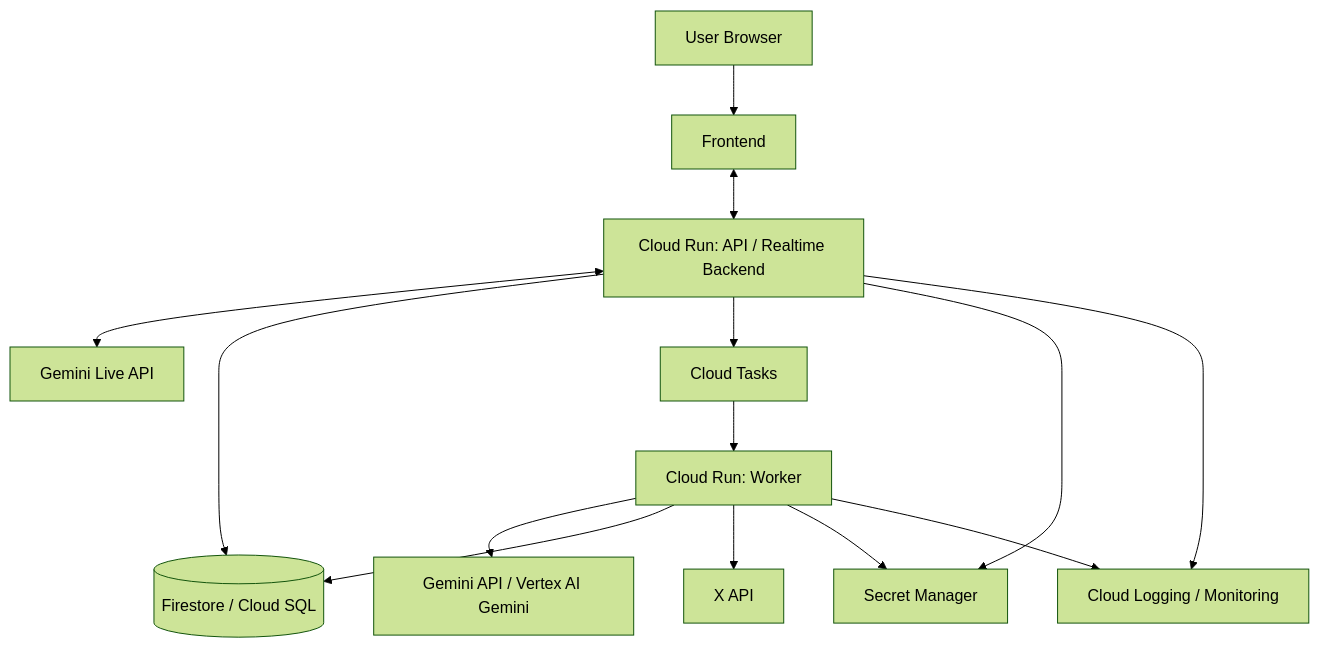
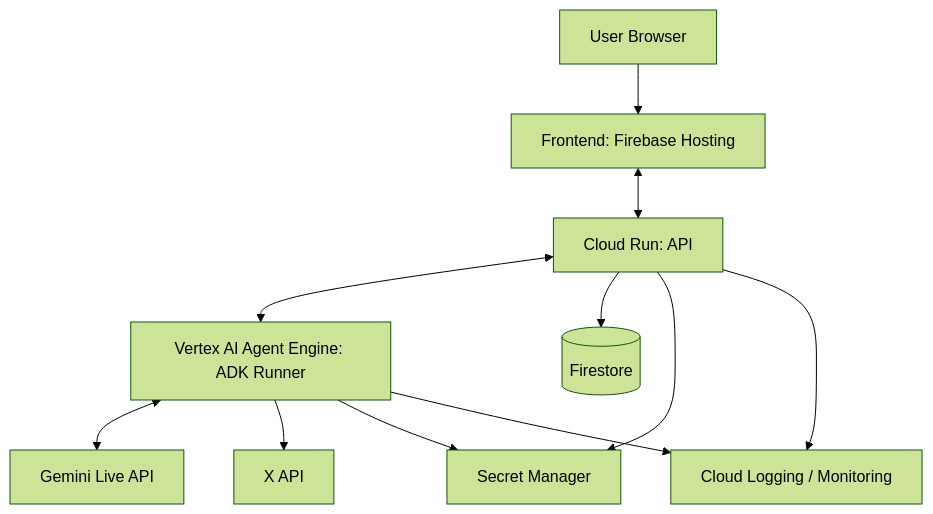
One commit to tasugiya/real_conversation_agents changed the first of 7 diagrams in docs/BASIC_DESIGN.md. Above: the diagram before and after it, drawn with Mermaid (forest theme). The commit also changed other lines of this file, not shown here.

````diff
--- a/docs/BASIC_DESIGN.md
+++ b/docs/BASIC_DESIGN.md
@@ -142,16 +144,13 @@
 ```mermaid
 flowchart TD
-    U[User Browser] --> FE[Frontend]
-    FE <--> API[Cloud Run: API / Realtime Backend]
-    API <--> GLive[Gemini Live API]
-    API --> DB[(Firestore / Cloud SQL)]
-    API --> CT[Cloud Tasks]
-    CT --> WK[Cloud Run: Worker]
-    WK --> Gemini[Gemini API / Vertex AI Gemini]
-    WK --> DB
-    WK --> XAPI[X API]
+    U[User Browser] --> FE[Frontend: Firebase Hosting]
+    FE <--> API[Cloud Run: API]
+    API <--> AE[Vertex AI Agent Engine: ADK Runner]
+    AE <--> GLive[Gemini Live API]
+    API --> DB[(Firestore)]
+    AE --> XAPI[X API]
     API --> SM[Secret Manager]
-    WK --> SM
+    AE --> SM
     API --> LOG[Cloud Logging / Monitoring]
-    WK --> LOG
+    AE --> LOG
 ```
````
